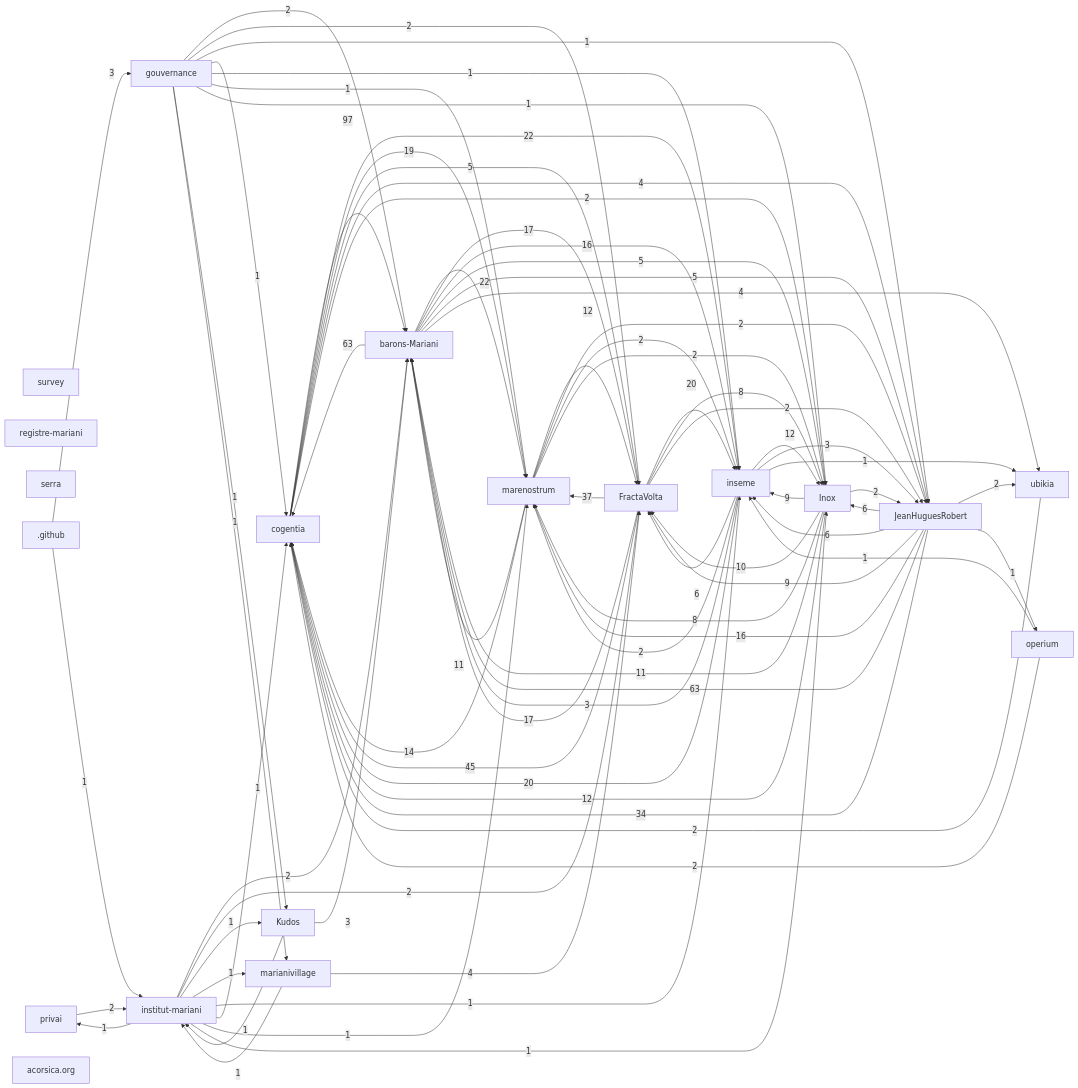
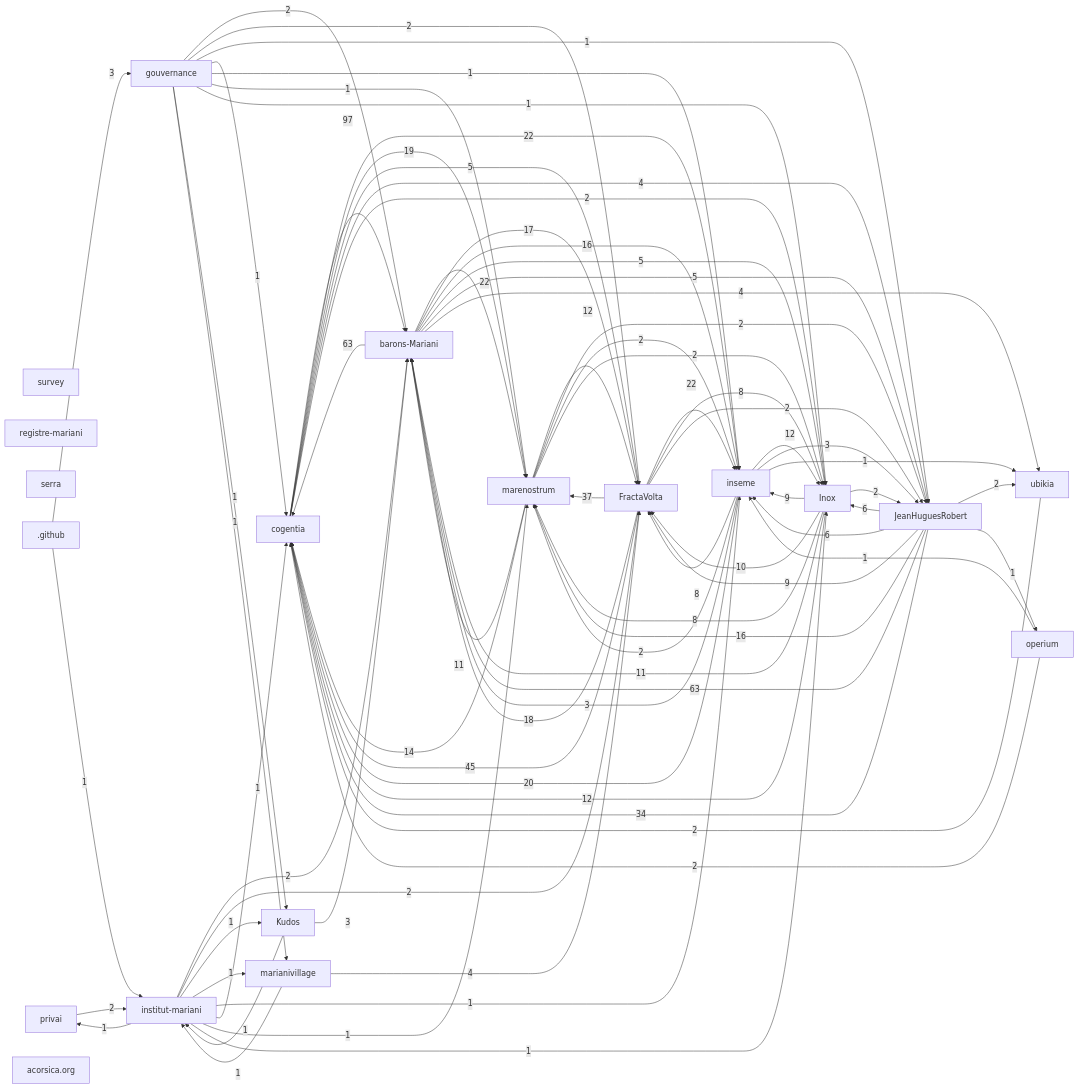
One commit to JeanHuguesRobert/ubikia changed the first of 2 diagrams in research/corpus-status.md. Above: the diagram before and after it, drawn with Mermaid.

Commit message:
Refresh corpus views after remote sync

```diff
--- a/research/corpus-status.md
+++ b/research/corpus-status.md
@@ -62,11 +62,11 @@
   r_jeanhuguesrobert -->|34| r_cogentia
   r_barons_mariani -->|22| r_marenostrum
   r_cogentia -->|22| r_inseme
-  r_fractavolta -->|20| r_inseme
+  r_fractavolta -->|22| r_inseme
   r_inseme -->|20| r_cogentia
   r_cogentia -->|19| r_marenostrum
+  r_fractavolta -->|18| r_barons_mariani
   r_barons_mariani -->|17| r_fractavolta
-  r_fractavolta -->|17| r_barons_mariani
   r_barons_mariani -->|16| r_inseme
   r_jeanhuguesrobert -->|16| r_marenostrum
   r_marenostrum -->|14| r_cogentia
@@ -80,7 +80,7 @@
   r_jeanhuguesrobert -->|9| r_fractavolta
   r_fractavolta -->|8| r_inox
   r_inox -->|8| r_marenostrum
-  r_inseme -->|6| r_fractavolta
+  r_inseme -->|8| r_fractavolta
   r_jeanhuguesrobert -->|6| r_inseme
   r_jeanhuguesrobert -->|6| r_inox
   r_barons_mariani -->|5| r_inox
```
